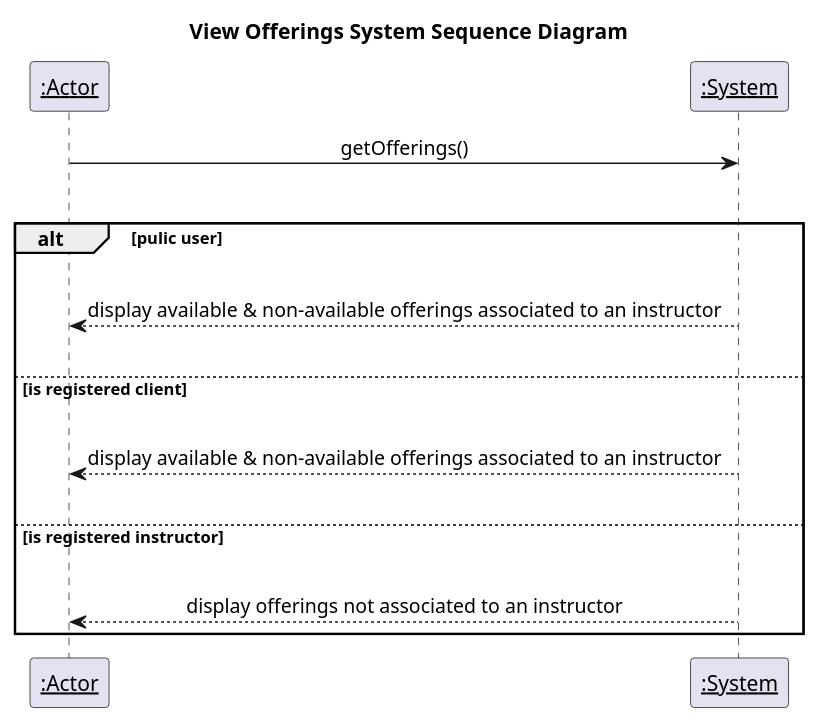
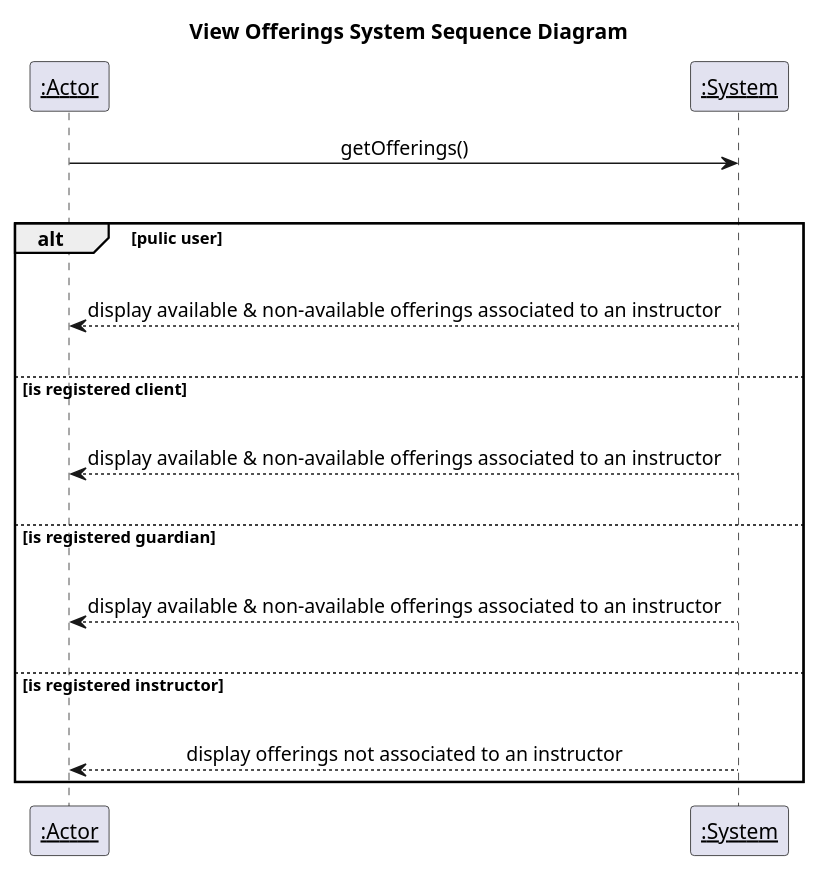
The first of 4 diagrams in deliverables/2024-10-18/offering-system-sequence-diagram.md (PrinceOfNothingg/Lesson-Booking-Management-System), drawn with PlantUML before and after one commit. The commit also changed other lines of this file and 29 other files, not shown here.

````diff
--- a/deliverables/2024-10-18/offering-system-sequence-diagram.md
+++ b/deliverables/2024-10-18/offering-system-sequence-diagram.md
@@ -14,25 +14,29 @@
 ``` plantuml
 @startuml
 participant "__:Actor__" as actor
 participant "__:System__" as system
 
 title View Offerings System Sequence Diagram
 
 skinparam sequenceMessageAlign center
 actor -> system : getOfferings()
 |||
 alt pulic user
 |||
   system --> actor : display available & non-available offerings associated to an instructor
 |||
 else is registered client
 |||
   system --> actor : display available & non-available offerings associated to an instructor
 |||
+else is registered guardian
+|||
+  system --> actor : display available & non-available offerings associated to an instructor
+|||
 else is registered instructor
 |||
   system --> actor : display offerings not associated to an instructor
 end
 
 @enduml
 ```
````
